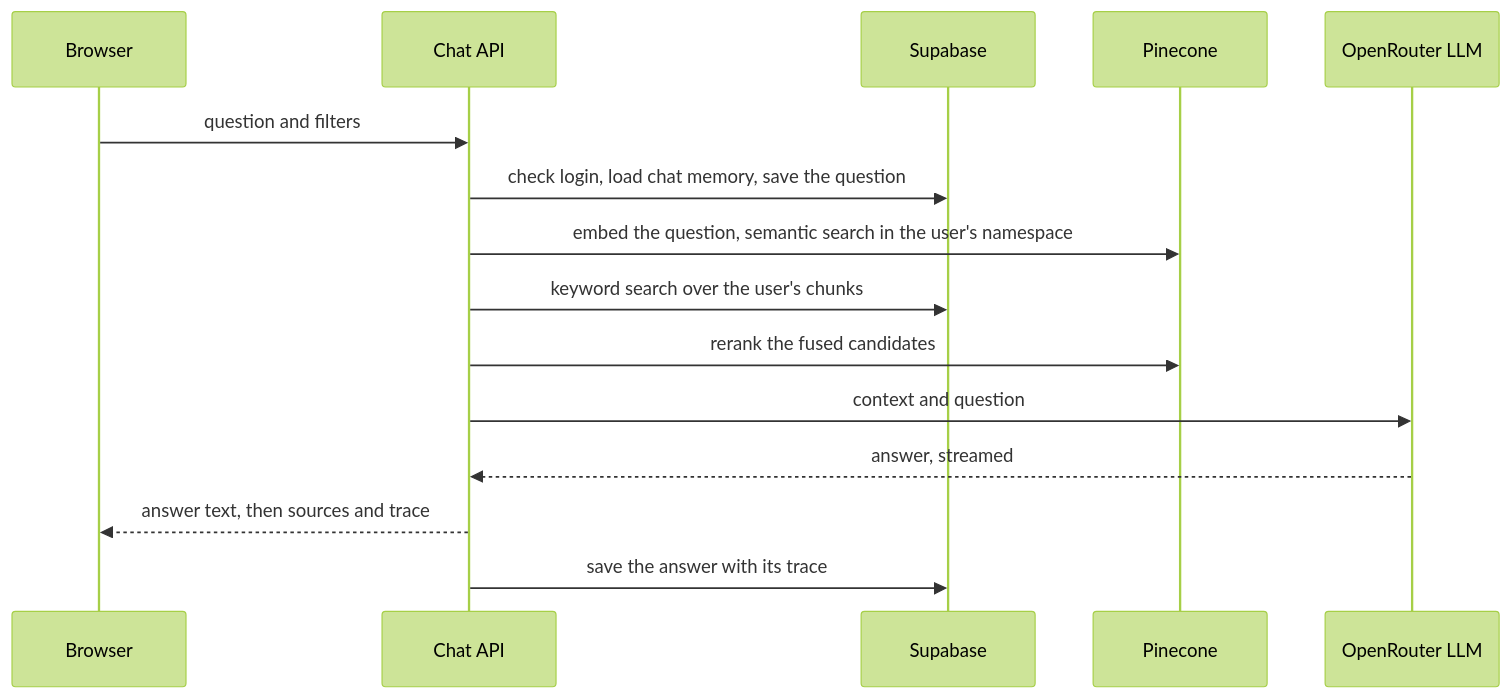
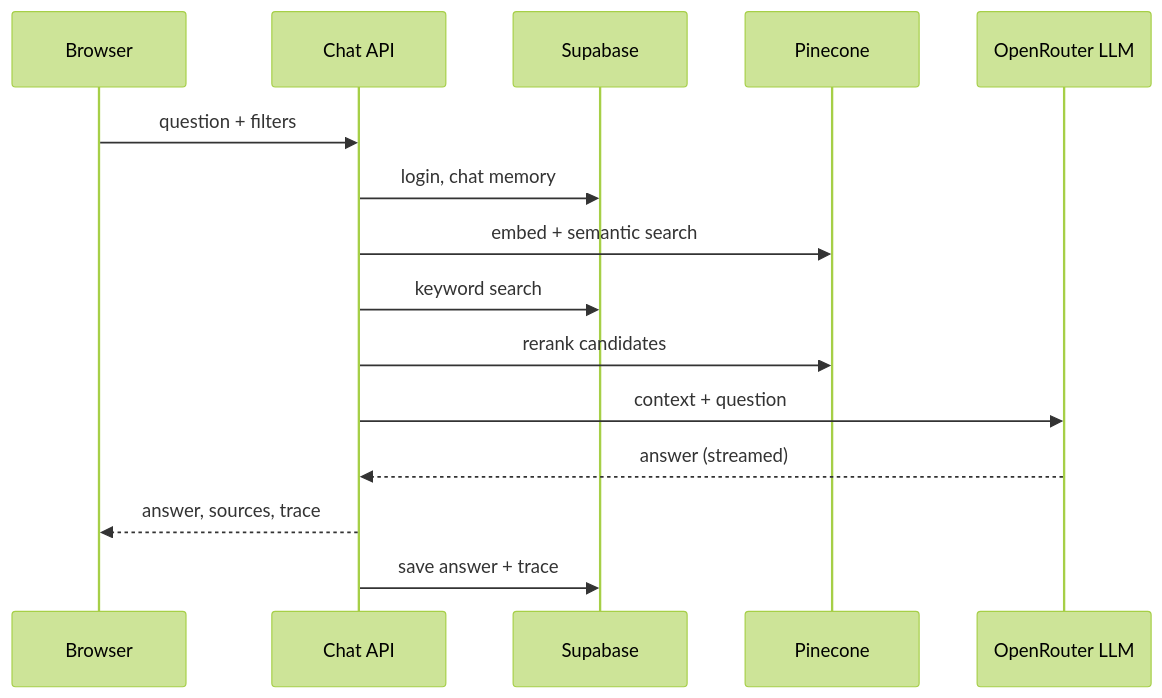
The seventh of 8 diagrams in docs/FLOW.md (Anushka404/RagStack), drawn with Mermaid (forest theme) before and after one commit. The commit also changed other lines of this file and 1 other file, not shown here.

````diff
--- a/docs/FLOW.md
+++ b/docs/FLOW.md
@@ -144,17 +328,17 @@
 ```mermaid
 sequenceDiagram
   participant B as Browser
   participant A as Chat API
   participant SB as Supabase
   participant PC as Pinecone
   participant LM as OpenRouter LLM
-  B->>A: question and filters
-  A->>SB: check login, load chat memory, save the question
-  A->>PC: embed the question, semantic search in the user's namespace
-  A->>SB: keyword search over the user's chunks
-  A->>PC: rerank the fused candidates
-  A->>LM: context and question
-  LM-->>A: answer, streamed
-  A-->>B: answer text, then sources and trace
-  A->>SB: save the answer with its trace
+  B->>A: question + filters
+  A->>SB: login, chat memory
+  A->>PC: embed + semantic search
+  A->>SB: keyword search
+  A->>PC: rerank candidates
+  A->>LM: context + question
+  LM-->>A: answer (streamed)
+  A-->>B: answer, sources, trace
+  A->>SB: save answer + trace
 ```
````
